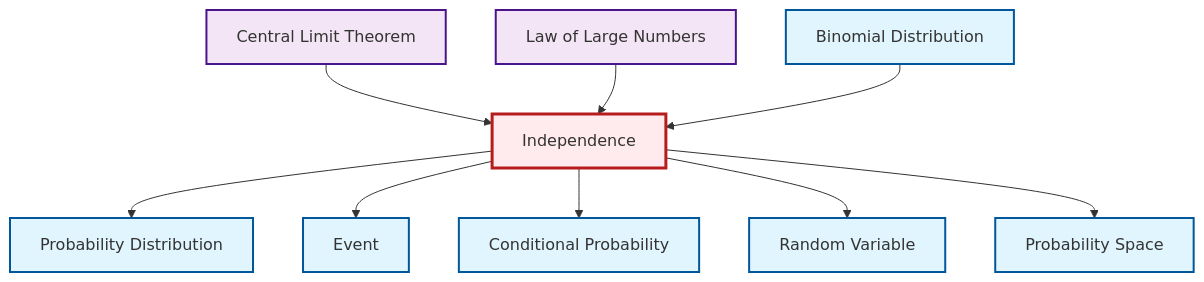
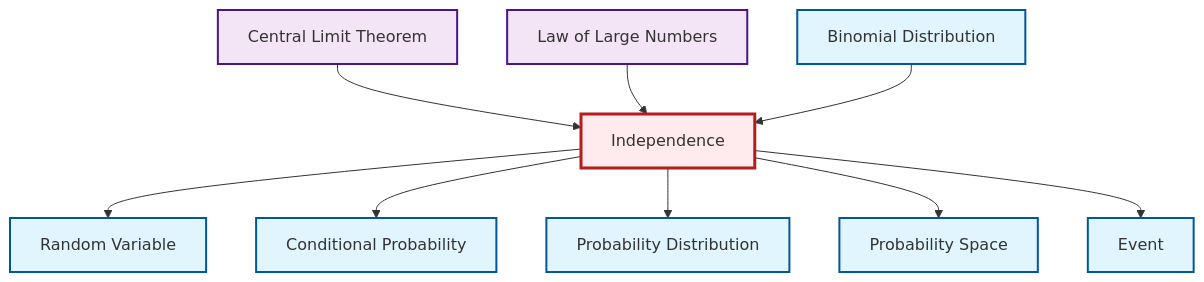
One commit to RK0429/ModernMath changed the diagram in output/mermaid/en/def-independence.mermaid. Above: the diagram before and after it, drawn with Mermaid. The commit also changed other lines of this file and 3315 other files, not shown here.

```diff
--- a/output/mermaid/en/def-independence.mermaid
+++ b/output/mermaid/en/def-independence.mermaid
@@ -1,24 +1,24 @@
 graph TD
     classDef definition fill:#e1f5fe,stroke:#01579b,stroke-width:2px
     classDef theorem fill:#f3e5f5,stroke:#4a148c,stroke-width:2px
     classDef axiom fill:#fff3e0,stroke:#e65100,stroke-width:2px
     classDef example fill:#e8f5e9,stroke:#1b5e20,stroke-width:2px
     classDef current fill:#ffebee,stroke:#b71c1c,stroke-width:3px
+    def-binomial-distribution["Binomial Distribution"]:::definition
     def-random-variable["Random Variable"]:::definition
+    def-independence["Independence"]:::definition
+    def-probability-space["Probability Space"]:::definition
+    def-event["Event"]:::definition
+    def-conditional-probability["Conditional Probability"]:::definition
+    thm-central-limit["Central Limit Theorem"]:::theorem
+    thm-law-of-large-numbers["Law of Large Numbers"]:::theorem
     def-probability-distribution["Probability Distribution"]:::definition
-    thm-central-limit["Central Limit Theorem"]:::theorem
-    def-event["Event"]:::definition
-    def-independence["Independence"]:::definition
-    def-binomial-distribution["Binomial Distribution"]:::definition
-    def-probability-space["Probability Space"]:::definition
-    thm-law-of-large-numbers["Law of Large Numbers"]:::theorem
-    def-conditional-probability["Conditional Probability"]:::definition
+    def-independence --> def-random-variable
+    def-independence --> def-conditional-probability
     def-independence --> def-probability-distribution
-    def-independence --> def-event
+    def-independence --> def-probability-space
     thm-central-limit --> def-independence
     thm-law-of-large-numbers --> def-independence
+    def-independence --> def-event
     def-binomial-distribution --> def-independence
-    def-independence --> def-conditional-probability
-    def-independence --> def-random-variable
-    def-independence --> def-probability-space
     class def-independence current
```
